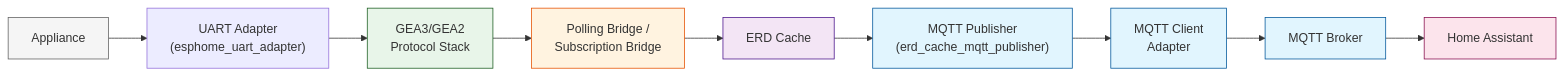
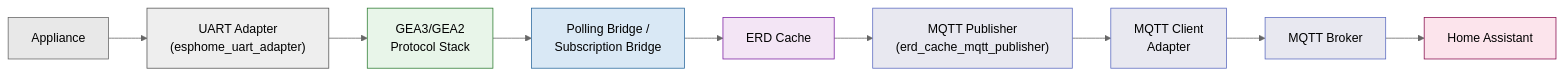
The first of 3 diagrams in docs/architecture/data-flow.md (eddietheengineer/home-assistant-bridge-esphome), drawn with Mermaid before and after one commit. The commit also changed other lines of this file and 3 other files, not shown here.

First line of the commit message:
docs: standardize Mermaid charts with light/dark compatible theme and fix rendering

````diff
--- a/docs/architecture/data-flow.md
+++ b/docs/architecture/data-flow.md
@@ -12,25 +12,26 @@
 ```mermaid
+%%{init: {"theme":"neutral","themeVariables":{"primaryColor":"#4a90d9","primaryBorderColor":"#2c6a9e","primaryTextColor":"#1a1a1a","secondaryColor":"#d9e8f5","tertiaryColor":"#f0f0f0","lineColor":"#666666","clusterBkg":"#f5f5f5","clusterBorder":"#cccccc","fontFamily":"monospace","nodeBorder":"#555555","edgeLabelBackground":"#ffffff"}}}%%
 graph LR
     APPLIANCE["Appliance"] --> UART["UART Adapter<br/>(esphome_uart_adapter)"]
     UART --> PROTOCOL["GEA3/GEA2<br/>Protocol Stack"]
     PROTOCOL --> BRIDGES["Polling Bridge /<br/>Subscription Bridge"]
     BRIDGES --> CACHE["ERD Cache"]
     CACHE --> PUB["MQTT Publisher<br/>(erd_cache_mqtt_publisher)"]
     PUB --> MQTT["MQTT Client<br/>Adapter"]
     MQTT --> BROKER["MQTT Broker"]
     BROKER --> HA["Home Assistant"]
 
-    classDef appliance fill:#f5f5f5,stroke:#616161
-    classDef protocol fill:#e8f5e9,stroke:#1b5e20
-    classDef bridge fill:#fff3e0,stroke:#e65100
-    classDef cache fill:#f3e5f5,stroke:#4a148c
-    classDef mqtt fill:#e1f5fe,stroke:#01579b
+    classDef appliance fill:#e8e8e8,stroke:#666666
+    classDef protocol fill:#e8f5e9,stroke:#2e7d32
+    classDef bridge fill:#d9e8f5,stroke:#2c6a9e
+    classDef cache fill:#f3e5f5,stroke:#7b1fa2
+    classDef mqtt fill:#e8e8f0,stroke:#5c6bc0
     classDef ha fill:#fce4ec,stroke:#880e4f
 
     class APPLIANCE appliance
     class PROTOCOL protocol
     class BRIDGES bridge
     class CACHE cache
     class MQTT,PUB,BROKER mqtt
     class HA ha
 ```
````
